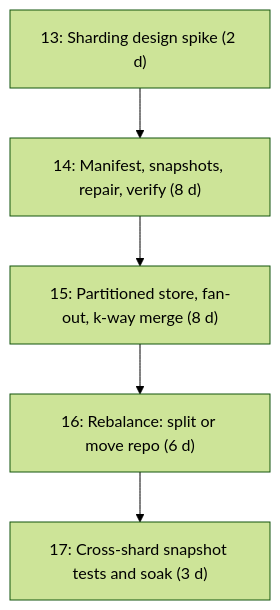
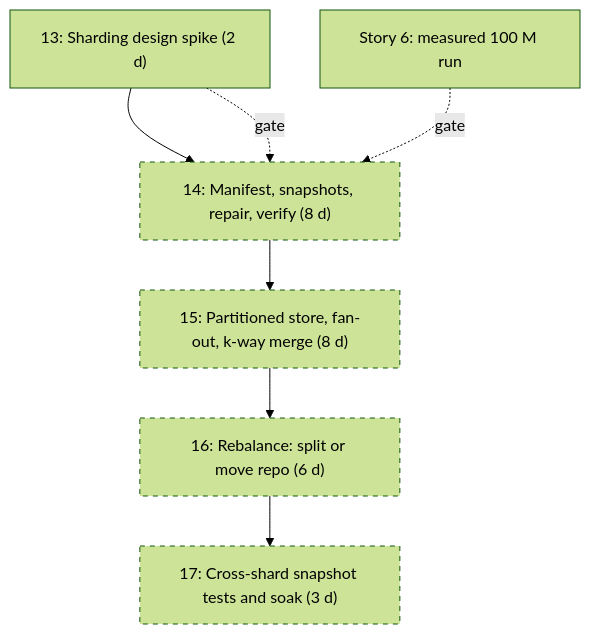
Diagram 19 of 19 in docs/architecture-diagrams.md (P47Phoenix/memory-graph), drawn with Mermaid (forest theme) before and after one commit. The commit also changed other lines of this file and 5 other files, not shown here.

````diff
--- a/docs/architecture-diagrams.md
+++ b/docs/architecture-diagrams.md
@@ -597,9 +600,15 @@
 ```mermaid
 flowchart TD
     S13["13: Sharding design spike (2 d)"]
     S14["14: Manifest, snapshots, repair, verify (8 d)"]
     S15["15: Partitioned store, fan-out, k-way merge (8 d)"]
     S16["16: Rebalance: split or move repo (6 d)"]
     S17["17: Cross-shard snapshot tests and soak (3 d)"]
     S13 --> S14 --> S15 --> S16 --> S17
+    S6G["Story 6: measured 100 M run"] -.->|"gate"| S14
+    S13 -.->|"gate"| S14
+    style S14 stroke-dasharray: 5 5
+    style S15 stroke-dasharray: 5 5
+    style S16 stroke-dasharray: 5 5
+    style S17 stroke-dasharray: 5 5
 ```
````
